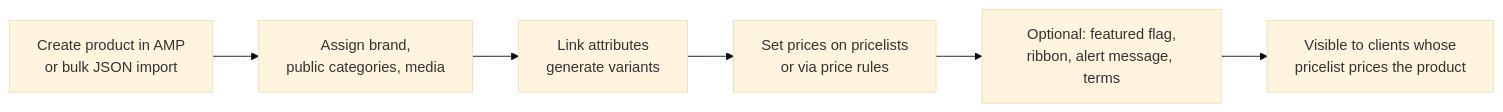
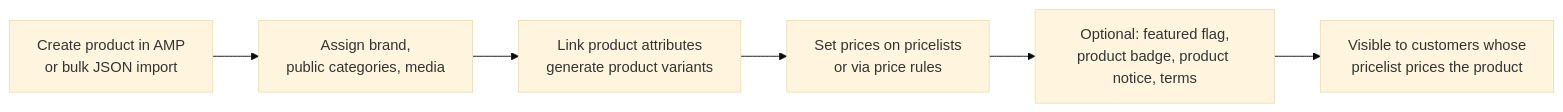
The eighth of 8 diagrams in docs/b2b_ecommerce_docs/_technical_docs/011-Navigation-and-User-Journeys.md (LaplaceSoftware/lp_projects_docs), drawn with Mermaid (base theme) before and after one commit. The commit also changed other lines of this file and 48 other files, not shown here.

````diff
--- a/docs/b2b_ecommerce_docs/_technical_docs/011-Navigation-and-User-Journeys.md
+++ b/docs/b2b_ecommerce_docs/_technical_docs/011-Navigation-and-User-Journeys.md
@@ -218,8 +218,8 @@
 ```mermaid
 flowchart LR
     A["Create product in AMP<br/>or bulk JSON import"] --> B["Assign brand,<br/>public categories, media"]
-    B --> C["Link attributes<br/>generate variants"]
+    B --> C["Link product attributes<br/>generate product variants"]
     C --> D["Set prices on pricelists<br/>or via price rules"]
-    D --> E["Optional: featured flag,<br/>ribbon, alert message, terms"]
-    E --> F["Visible to clients whose<br/>pricelist prices the product"]
+    D --> E["Optional: featured flag,<br/>product badge, product notice, terms"]
+    E --> F["Visible to customers whose<br/>pricelist prices the product"]
 ```
````
